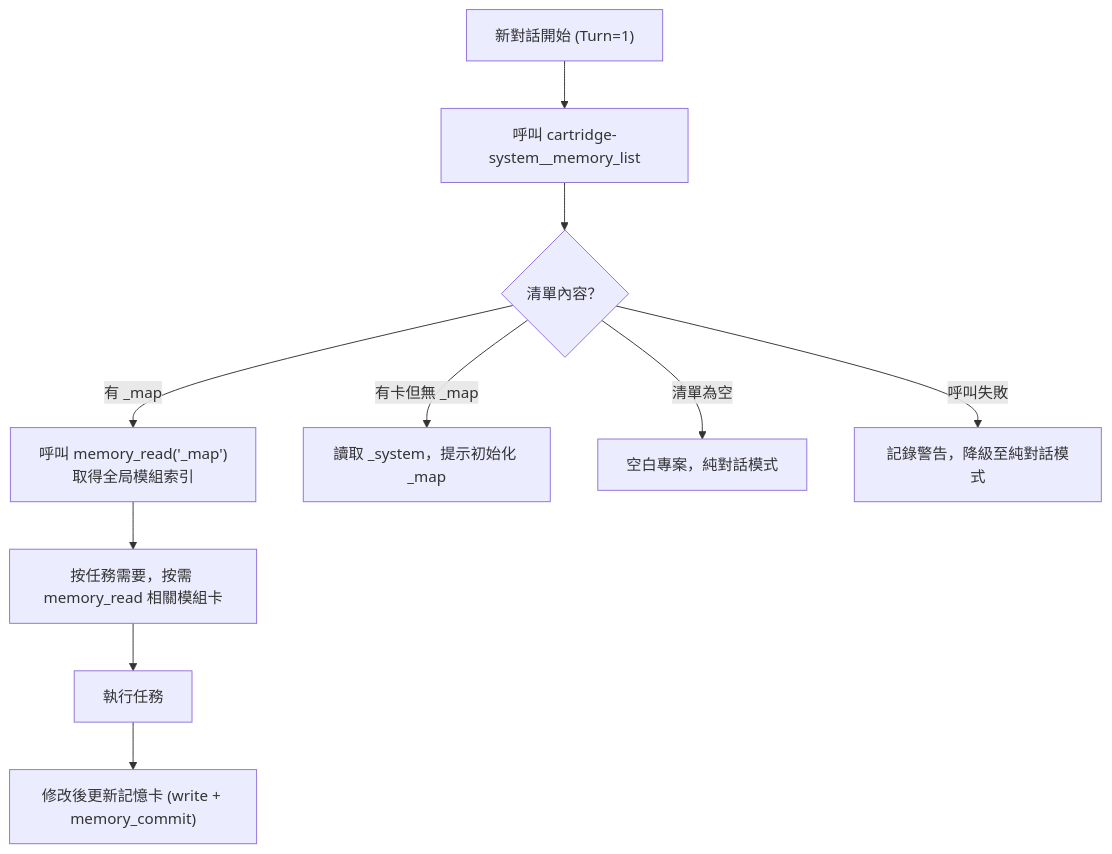
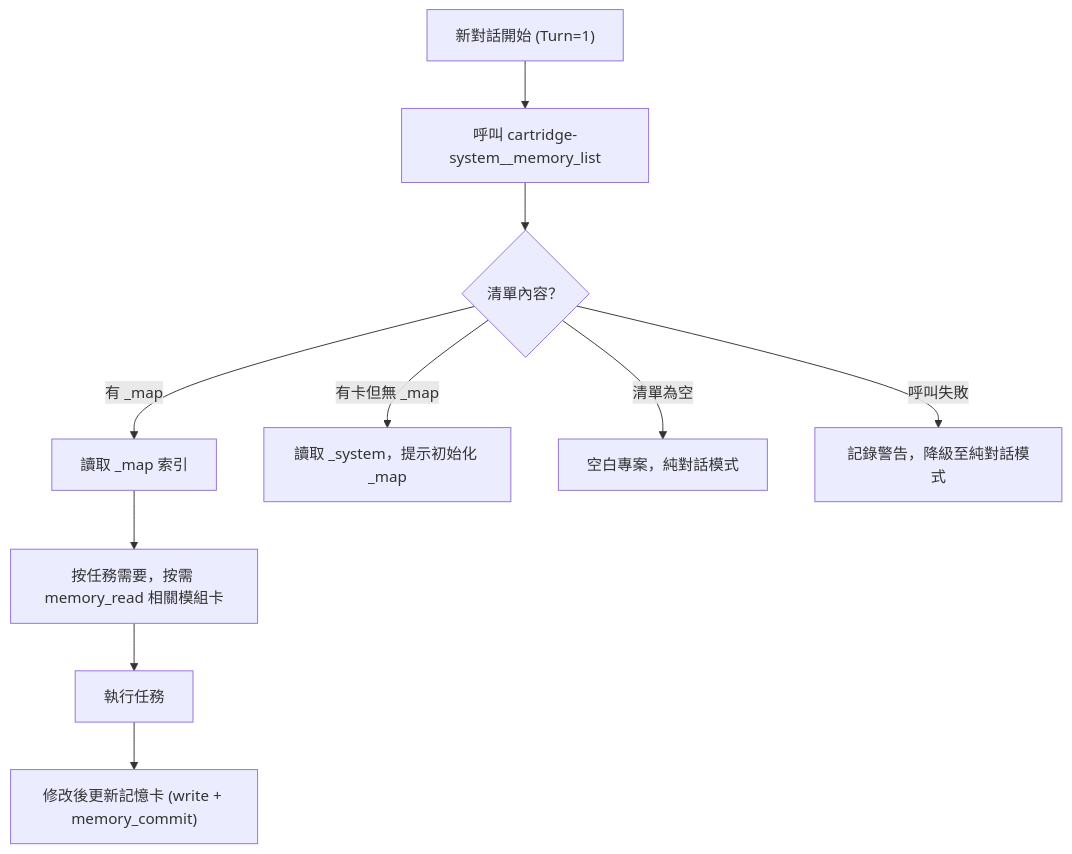
The third of 3 diagrams in Claude/README.md (Kunshao1117/AI_Rules), drawn with Mermaid before and after one commit. The commit also changed other lines of this file and 2 other files, not shown here.

````diff
--- a/Claude/README.md
+++ b/Claude/README.md
@@ -310,12 +376,12 @@
 ```mermaid
 graph TD
     A["新對話開始 (Turn=1)"] --> B["呼叫 cartridge-system__memory_list"]
     B --> C{"清單內容？"}
-    C -->|"有 _map"| D["呼叫 memory_read('_map')<br/>取得全局模組索引"]
+    C -->|"有 _map"| D["讀取 _map 索引"]
     C -->|"有卡但無 _map"| E["讀取 _system，提示初始化 _map"]
     C -->|"清單為空"| F["空白專案，純對話模式"]
     C -->|"呼叫失敗"| G["記錄警告，降級至純對話模式"]
     D --> H["按任務需要，按需 memory_read 相關模組卡"]
     H --> I["執行任務"]
     I --> J["修改後更新記憶卡 (write + memory_commit)"]
 ```
````
